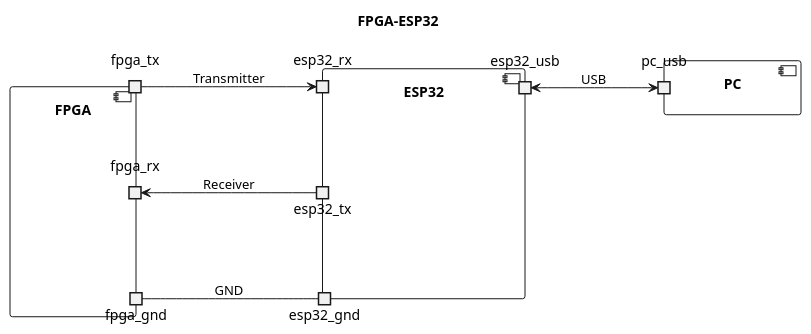
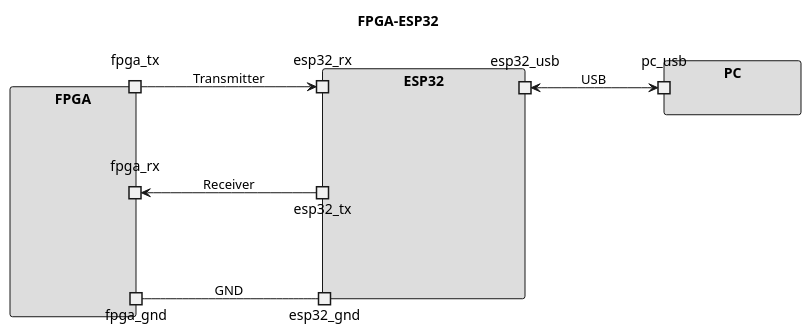
Before and after one commit to johnnycubides/digital-electronic-1-101: the diagram in fpga-example/ice40-hx8k-breakout-board/femtoriscv/docs/soc-esp32.pu, drawn with PlantUML. The commit also changed 8 other files, not shown here.

```diff
--- a/fpga-example/ice40-hx8k-breakout-board/femtoriscv/docs/soc-esp32.pu
+++ b/fpga-example/ice40-hx8k-breakout-board/femtoriscv/docs/soc-esp32.pu
@@ -1,26 +1,27 @@
 @startuml
 title FPGA-ESP32
 left to right direction
-component FPGA {
+skinparam componentStyle rectangle
+component FPGA #ddd {
   portout fpga_gnd
   portout fpga_rx
   portout fpga_tx
 }
 
-component ESP32 {
+component ESP32 #ddd{
   portin esp32_gnd
   portin esp32_tx
   portin esp32_rx
   portout esp32_usb
 }
 
-component PC {
+component PC #ddd {
 portin pc_usb
 }
 
 fpga_gnd -- esp32_gnd: GND
 fpga_tx --> esp32_rx: Transmitter
 fpga_rx <-- esp32_tx: Receiver
 esp32_usb <--> pc_usb: USB
 
 @enduml
```
